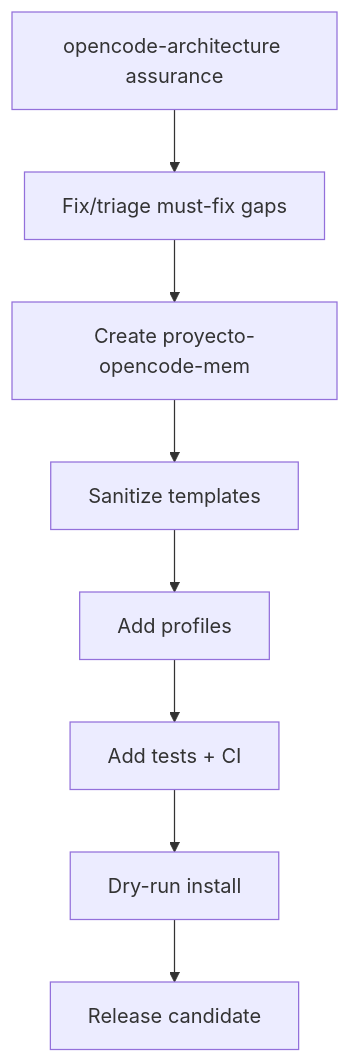
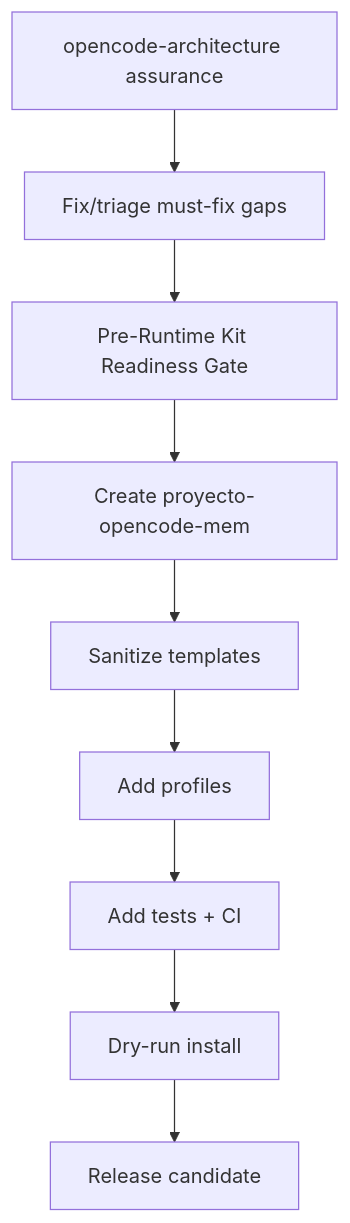
The ninth of 9 diagrams in README.md (harrysxavio/opencode-architecture), drawn with Mermaid before and after one commit. The commit also changed other lines of this file and 12 other files, not shown here.

First line of the commit message:
Pre-Runtime Kit Readiness Gate

````diff
--- a/README.md
+++ b/README.md
@@ -583,10 +583,11 @@
 ```mermaid
 flowchart TD
     A[opencode-architecture assurance] --> B[Fix/triage must-fix gaps]
-    B --> C[Create proyecto-opencode-mem]
+    B --> GATE[Pre-Runtime Kit Readiness Gate]
+    GATE --> C[Create proyecto-opencode-mem]
     C --> D[Sanitize templates]
     D --> E[Add profiles]
     E --> F[Add tests + CI]
     F --> G[Dry-run install]
     G --> H[Release candidate]
 ```
````
